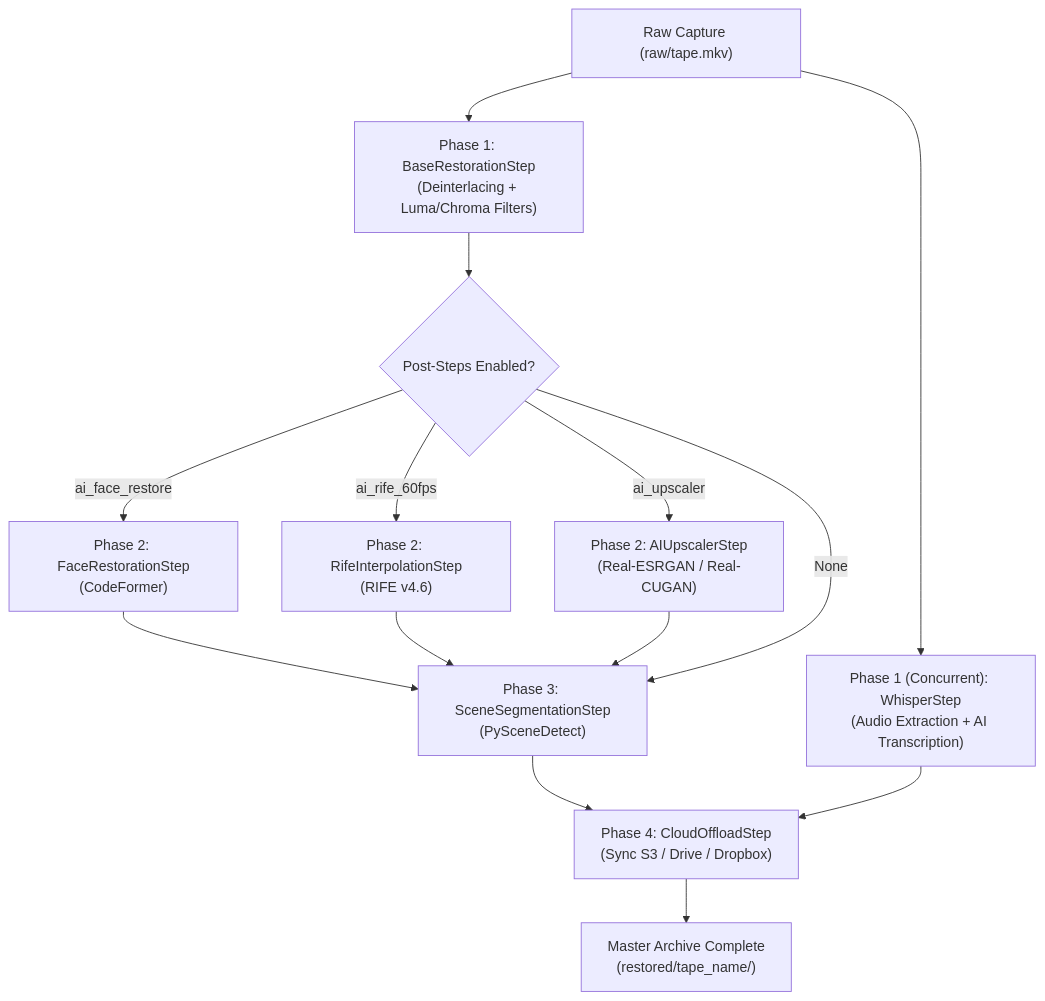
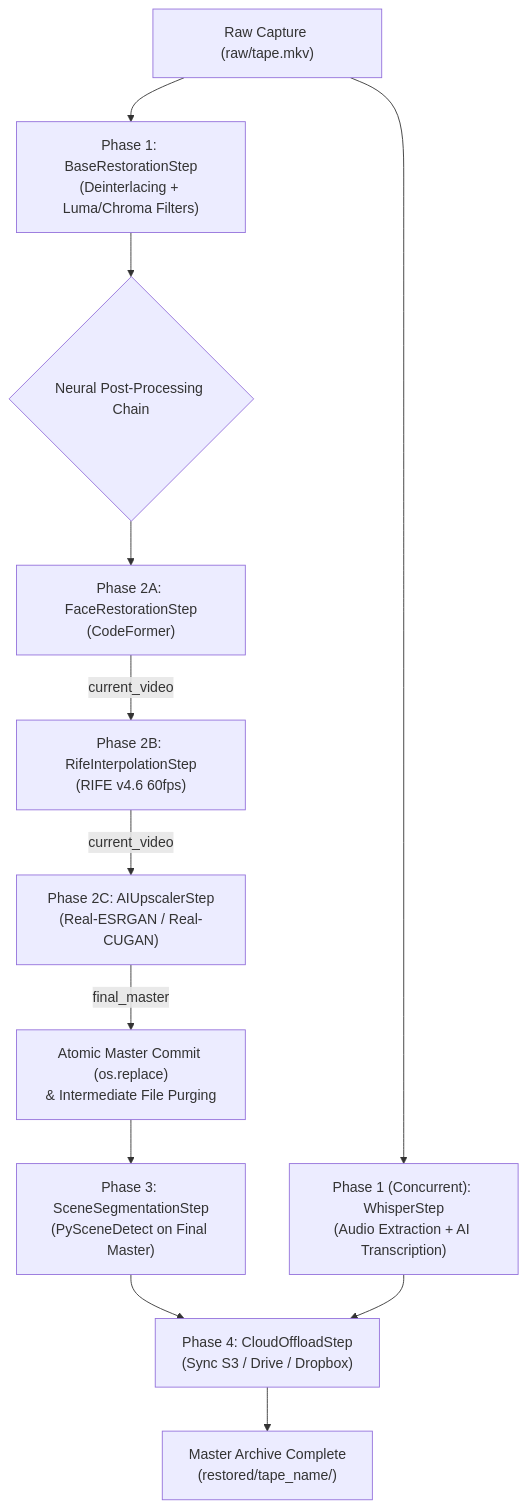
The diagram in docs/PIPELINE_GUIDE.md (orgchrono/vhs-capture-scripts), drawn with Mermaid before and after one commit. The commit also changed other lines of this file and 15 other files, not shown here.

````diff
--- a/docs/PIPELINE_GUIDE.md
+++ b/docs/PIPELINE_GUIDE.md
@@ -22,20 +22,18 @@
 ```mermaid
 flowchart TD
     Raw["Raw Capture (raw/tape.mkv)"] --> BaseRestore["Phase 1: BaseRestorationStep\n(Deinterlacing + Luma/Chroma Filters)"]
     Raw --> Whisper["Phase 1 (Concurrent): WhisperStep\n(Audio Extraction + AI Transcription)"]
     
-    BaseRestore --> PostCheck{"Post-Steps Enabled?"}
+    BaseRestore --> PostCheck{"Neural Post-Processing Chain"}
     
-    PostCheck -->|ai_face_restore| FaceStep["Phase 2: FaceRestorationStep\n(CodeFormer)"]
-    PostCheck -->|ai_rife_60fps| RifeStep["Phase 2: RifeInterpolationStep\n(RIFE v4.6)"]
-    PostCheck -->|ai_upscaler| UpscaleStep["Phase 2: AIUpscalerStep\n(Real-ESRGAN / Real-CUGAN)"]
+    PostCheck --> FaceStep["Phase 2A: FaceRestorationStep\n(CodeFormer)"]
+    FaceStep -->|"current_video"| RifeStep["Phase 2B: RifeInterpolationStep\n(RIFE v4.6 60fps)"]
+    RifeStep -->|"current_video"| UpscaleStep["Phase 2C: AIUpscalerStep\n(Real-ESRGAN / Real-CUGAN)"]
     
-    FaceStep --> SceneStep["Phase 3: SceneSegmentationStep\n(PySceneDetect)"]
-    RifeStep --> SceneStep
-    UpscaleStep --> SceneStep
-    PostCheck -->|None| SceneStep
+    UpscaleStep -->|"final_master"| CommitStep["Atomic Master Commit (os.replace)\n& Intermediate File Purging"]
     
+    CommitStep --> SceneStep["Phase 3: SceneSegmentationStep\n(PySceneDetect on Final Master)"]
     SceneStep --> CloudStep["Phase 4: CloudOffloadStep\n(Sync S3 / Drive / Dropbox)"]
     Whisper --> CloudStep
     CloudStep --> Output["Master Archive Complete\n(restored/tape_name/)"]
 ```
````
